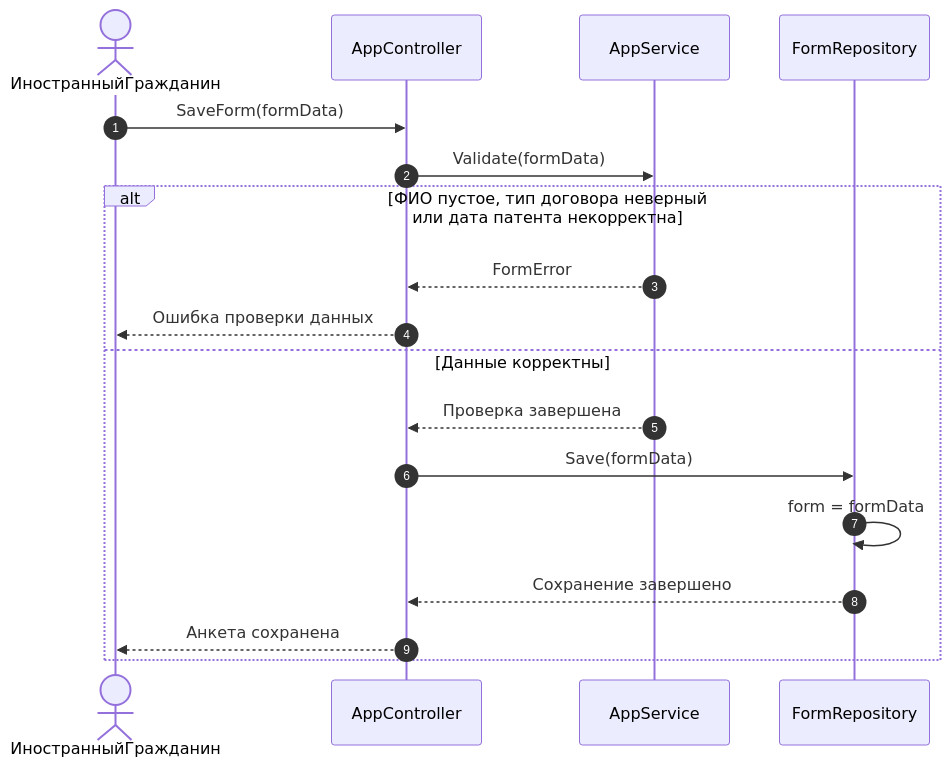
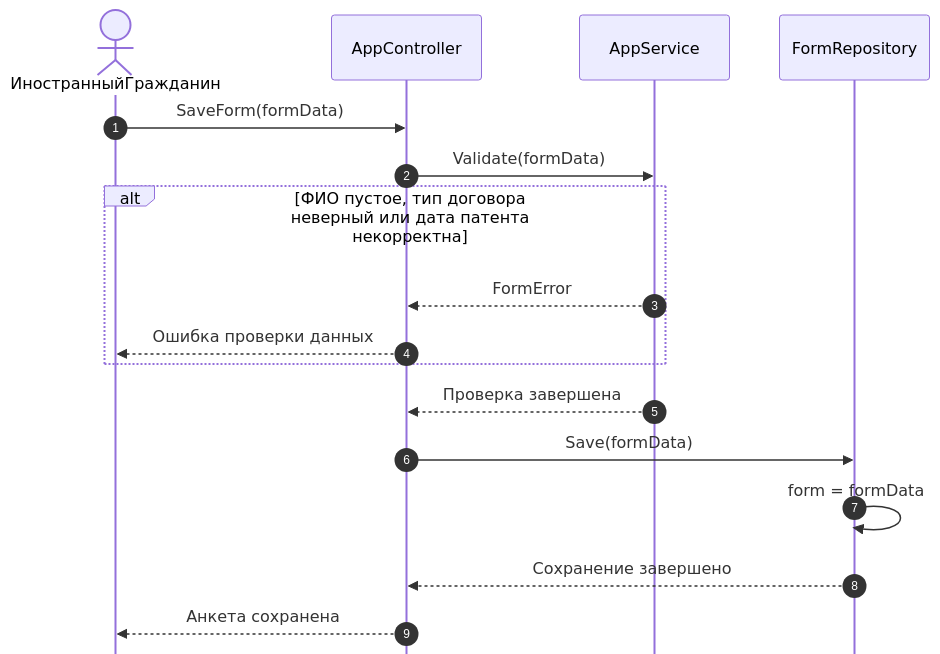
Before and after one commit to Edmorton1/peace: the first of 2 diagrams in _docs/lab4.md, drawn with Mermaid. The commit also changed other lines of this file and 1 other file, not shown here.

````diff
--- a/_docs/lab4.md
+++ b/_docs/lab4.md
@@ -16,21 +5,22 @@
 ```mermaid
+%%{init: {'sequence': {'mirrorActors': false}}}%%
 sequenceDiagram
     autonumber
     actor ИностранныйГражданин
     participant AppController
     participant AppService
     participant FormRepository
     ИностранныйГражданин->>AppController: SaveForm(formData)
     AppController->>AppService: Validate(formData)
 
     alt ФИО пустое, тип договора неверный или дата патента некорректна
         AppService-->>AppController: FormError
         AppController-->>ИностранныйГражданин: Ошибка проверки данных
-    else Данные корректны
-        AppService-->>AppController: Проверка завершена
-        AppController->>FormRepository: Save(formData)
-        FormRepository->>FormRepository: form = formData
-        FormRepository-->>AppController: Сохранение завершено
-        AppController-->>ИностранныйГражданин: Анкета сохранена
     end
+
+    AppService-->>AppController: Проверка завершена
+    AppController->>FormRepository: Save(formData)
+    FormRepository->>FormRepository: form = formData
+    FormRepository-->>AppController: Сохранение завершено
+    AppController-->>ИностранныйГражданин: Анкета сохранена
 ```
````
